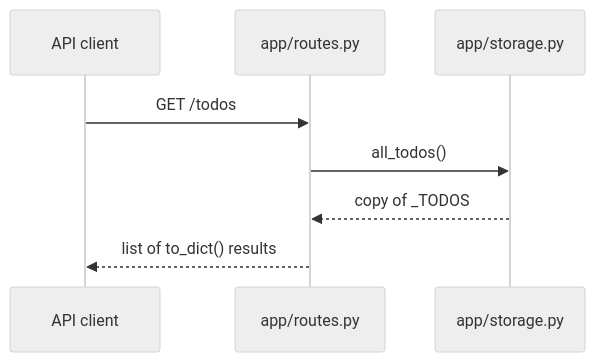
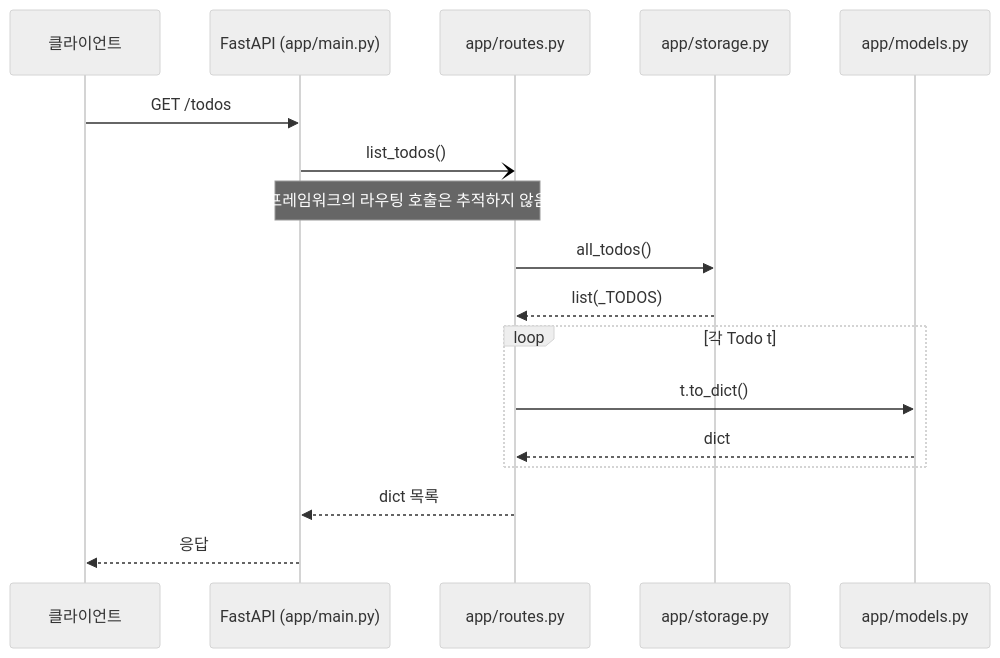
Before and after one commit to hxxnn/codemap: the second of 3 diagrams in examples/python-todo-api/docs/codemap/sequence-flow.md, drawn with Mermaid (neutral theme). The commit also changed other lines of this file and 44 other files, not shown here.

````diff
--- a/examples/python-todo-api/docs/codemap/sequence-flow.md
+++ b/examples/python-todo-api/docs/codemap/sequence-flow.md
@@ -43,10 +58,19 @@
 ```mermaid
 sequenceDiagram
-    participant C as API client
-    participant R as app/routes.py
-    participant S as app/storage.py
-    C->>R: GET /todos
-    R->>S: all_todos()
-    S-->>R: copy of _TODOS
-    R-->>C: list of to_dict() results
+  participant C as 클라이언트
+  participant F as FastAPI (app/main.py)
+  participant R as app/routes.py
+  participant S as app/storage.py
+  participant M as app/models.py
+  C->>F: GET /todos
+  F-)R: list_todos()
+  Note over F,R: 프레임워크의 라우팅 호출은 추적하지 않음
+  R->>S: all_todos()
+  S-->>R: list(_TODOS)
+  loop 각 Todo t
+    R->>M: t.to_dict()
+    M-->>R: dict
+  end
+  R-->>F: dict 목록
+  F-->>C: 응답
 ```
````
